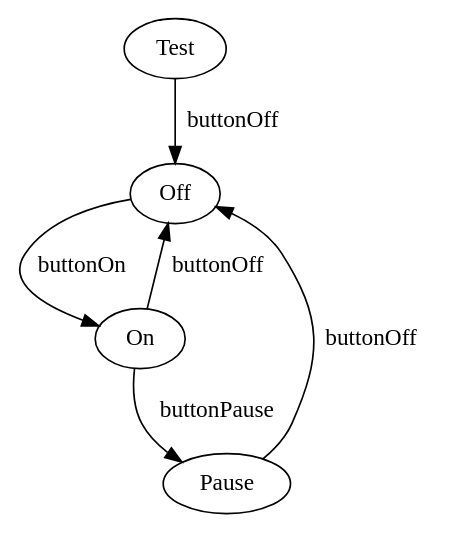
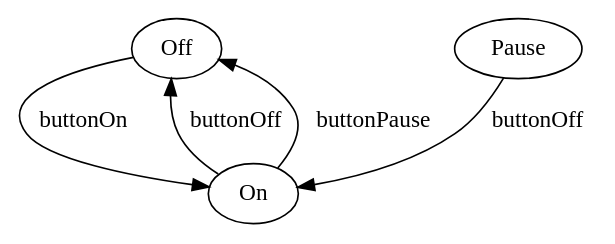
Before and after one commit to tpnbolwerk/rascal-ssm: the diagram in input.dot, drawn with Graphviz. The commit also changed 6 other files, not shown here.

```diff
--- a/input.dot
+++ b/input.dot
@@ -1,20 +1,16 @@
 digraph{
 
 Off->On [ label="buttonOn"];
         
      
 
 On->Off [ label="buttonOff"];
         
-On->Pause [ label="buttonPause"];
+On->Off [ label="buttonPause"];
         
      
 
-Pause->Off [ label="buttonOff"];
-        
-     
-
-Test->Off [ label="buttonOff"];
+Pause->On [ label="buttonOff"];
         
      
     }
```
